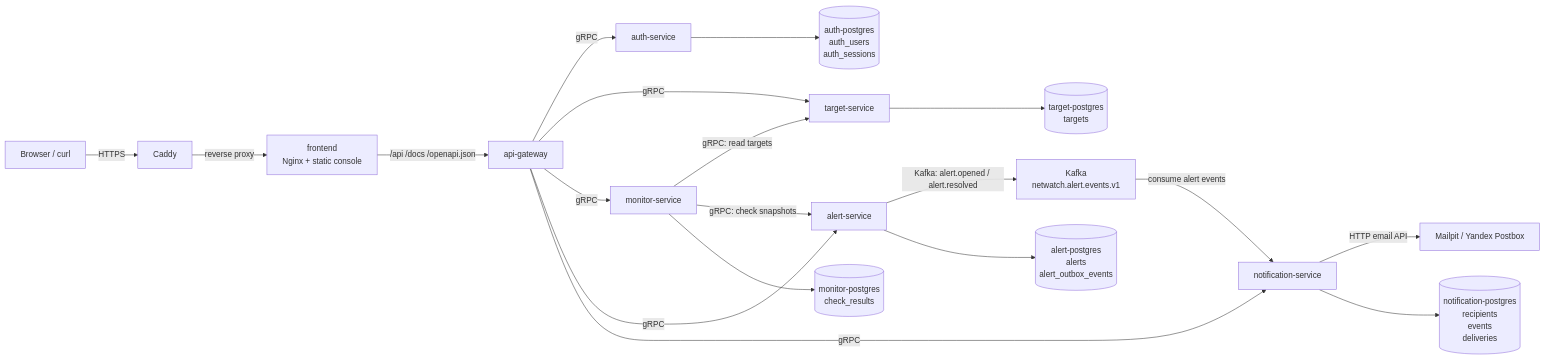
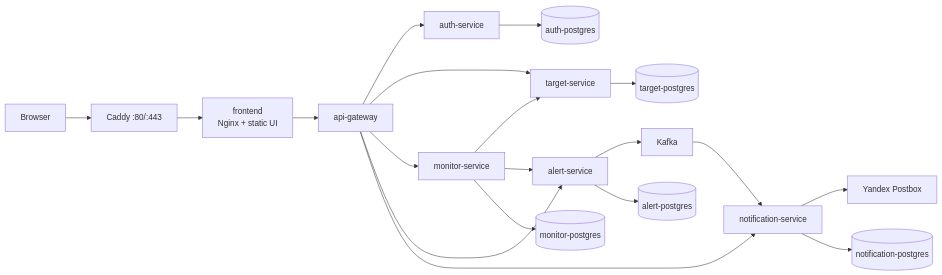
The first of 2 diagrams in README.md (arthast/NetWatch), drawn with Mermaid before and after one commit. The commit also changed other lines of this file and 7 other files, not shown here.

````diff
--- a/README.md
+++ b/README.md
@@ -55,24 +27,24 @@
 ```mermaid
 flowchart LR
-    client["Browser / curl"] -->|HTTPS| caddy["Caddy"]
-    caddy -->|reverse proxy| frontend["frontend<br/>Nginx + static console"]
-    frontend -->|/api /docs /openapi.json| gateway["api-gateway"]
+    browser["Browser"] --> caddy["Caddy :80/:443"]
+    caddy --> frontend["frontend<br/>Nginx + static UI"]
+    frontend --> gateway["api-gateway"]
 
-    gateway -->|gRPC| auth["auth-service"]
-    gateway -->|gRPC| target["target-service"]
-    gateway -->|gRPC| monitor["monitor-service"]
-    gateway -->|gRPC| alert["alert-service"]
-    gateway -->|gRPC| notification_api["notification-service"]
+    gateway --> auth["auth-service"]
+    gateway --> target["target-service"]
+    gateway --> monitor["monitor-service"]
+    gateway --> alert["alert-service"]
+    gateway --> notification["notification-service"]
 
-    monitor -->|gRPC: read targets| target
-    monitor -->|gRPC: check snapshots| alert
-    alert -->|Kafka: alert.opened / alert.resolved| kafka["Kafka<br/>netwatch.alert.events.v1"]
-    kafka -->|consume alert events| notification_api
-    notification_api -->|HTTP email API| email["Mailpit / Yandex Postbox"]
+    monitor --> target
+    monitor --> alert
+    alert --> kafka["Kafka"]
+    kafka --> notification
+    notification --> postbox["Yandex Postbox"]
 
-    auth --> auth_db[("auth-postgres<br/>auth_users<br/>auth_sessions")]
-    target --> target_db[("target-postgres<br/>targets")]
-    monitor --> monitor_db[("monitor-postgres<br/>check_results")]
-    alert --> alert_db[("alert-postgres<br/>alerts<br/>alert_outbox_events")]
-    notification_api --> notification_db[("notification-postgres<br/>recipients<br/>events<br/>deliveries")]
+    auth --> auth_db[("auth-postgres")]
+    target --> target_db[("target-postgres")]
+    monitor --> monitor_db[("monitor-postgres")]
+    alert --> alert_db[("alert-postgres")]
+    notification --> notification_db[("notification-postgres")]
 ```
````
